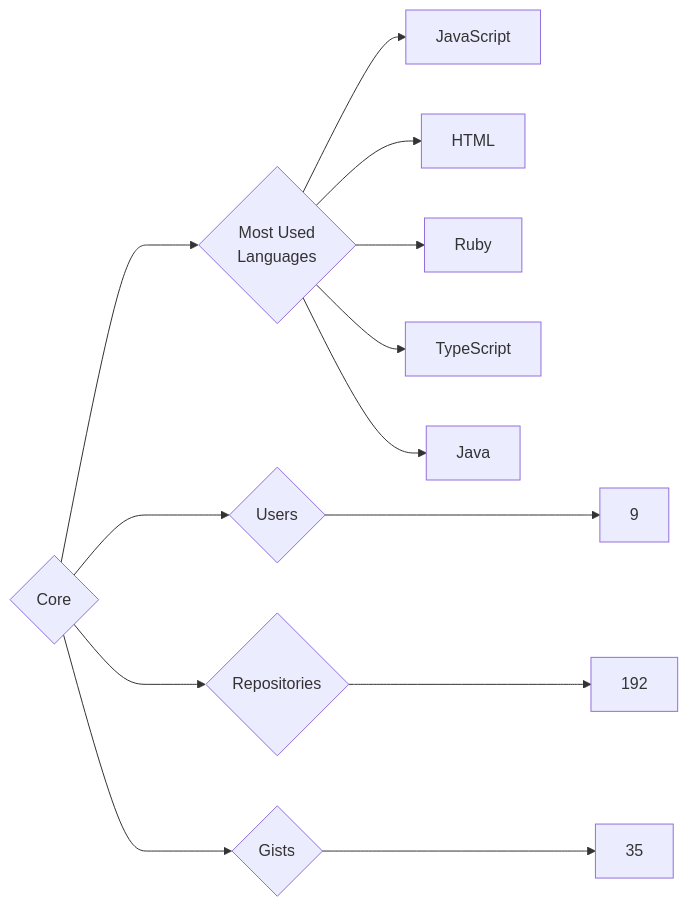
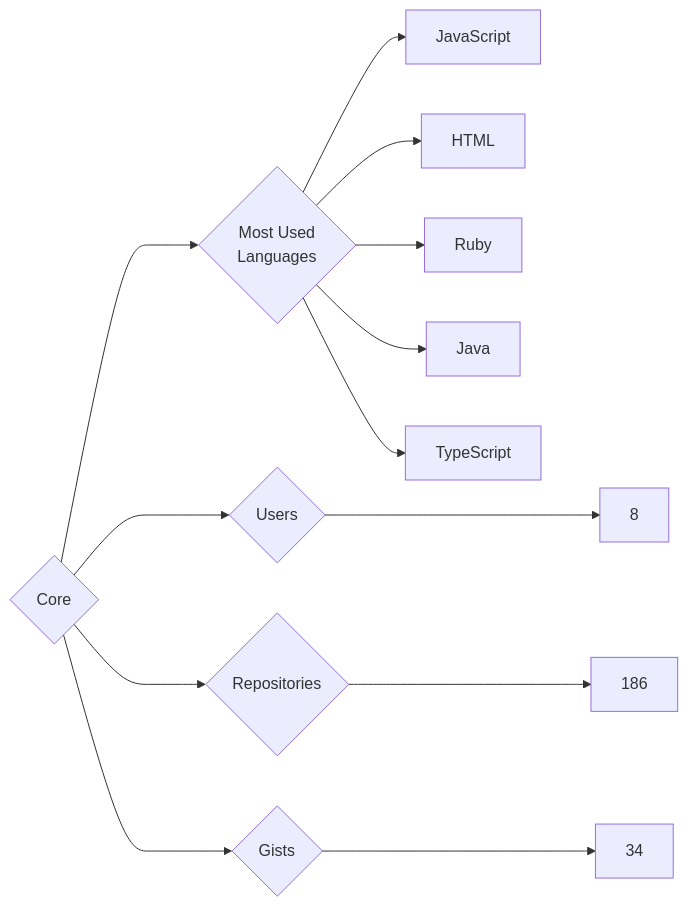
One commit to trickest/insiders changed the diagram in targets/Core/README.md. Above: the diagram before and after it, drawn with Mermaid. The commit also changed 873 other files, not shown here.

````diff
--- a/targets/Core/README.md
+++ b/targets/Core/README.md
@@ -3,13 +3,13 @@
 ```mermaid
 graph LR
 COMPANY_NAME{Core}
-COMPANY_NAME ---> U{Users} ---> UN[9]
-COMPANY_NAME ---> R{Repositories} ---> RN[192]
-COMPANY_NAME ---> G{Gists} ---> GN[35]
+COMPANY_NAME ---> U{Users} ---> UN[8]
+COMPANY_NAME ---> R{Repositories} ---> RN[186]
+COMPANY_NAME ---> G{Gists} ---> GN[34]
 COMPANY_NAME ---> ML{Most Used<br>Languages}
 ML --> JavaScript[JavaScript]
 ML --> HTML[HTML]
 ML --> Ruby[Ruby]
+ML --> Java[Java]
 ML --> TypeScript[TypeScript]
-ML --> Java[Java]
 ```
````
